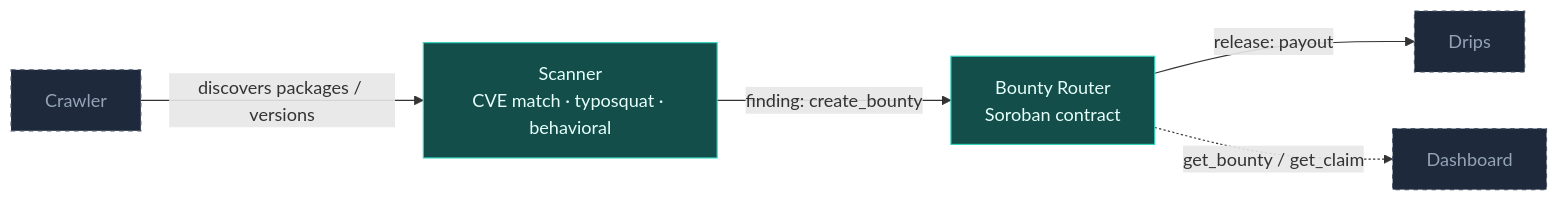
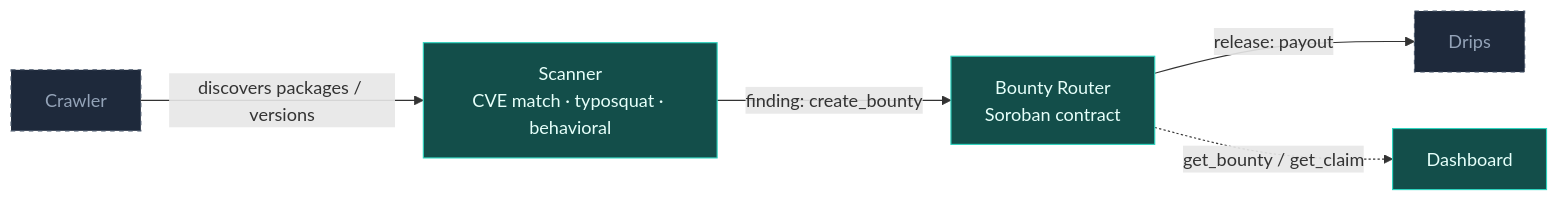
One commit to Able-faz-system/DepRadar changed the diagram in README.md. Above: the diagram before and after it, drawn with Mermaid. The commit also changed other lines of this file and 34 other files, not shown here.

````diff
--- a/README.md
+++ b/README.md
@@ -21,12 +21,12 @@
 ```mermaid
 flowchart LR
     Crawler[Crawler] -->|discovers packages / versions| Scanner[Scanner<br/>CVE match · typosquat · behavioral]
     Scanner -->|finding: create_bounty| Router[Bounty Router<br/>Soroban contract]
     Router -->|release: payout| Drips[Drips]
     Router -.get_bounty / get_claim.-> Dashboard[Dashboard]
 
     classDef live    fill:#134e4a,stroke:#2dd4bf,color:#e6fffa;
     classDef planned fill:#1e293b,stroke:#475569,color:#94a3b8,stroke-dasharray:4;
-    class Router,Scanner live;
-    class Crawler,Drips,Dashboard planned;
+    class Router,Scanner,Dashboard live;
+    class Crawler,Drips planned;
 ```
````
